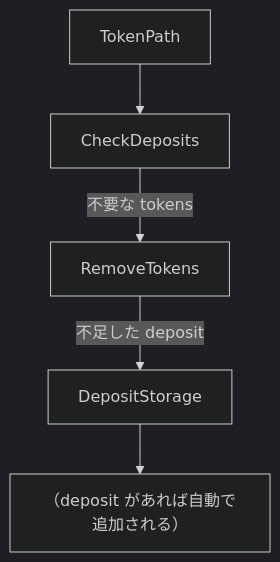
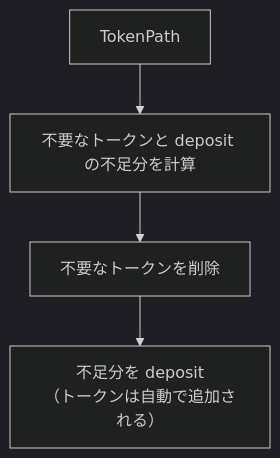
The diagram in diagram/check_deposits.mermaid (fathens/zaciraci), drawn with Mermaid (dark theme) before and after one commit.

Commit message:
Refactor deposit checking diagram for clarity
Simplify the deposit checking process by merging steps and enhancing descriptions. This change improves the readability and understanding of the diagram flow.

```diff
--- a/diagram/check_deposits.mermaid
+++ b/diagram/check_deposits.mermaid
@@ -1,5 +1,4 @@
 graph TD
-    TokenPath --> CheckDeposits
-    CheckDeposits -->|不要な tokens| RemoveTokens
-    RemoveTokens -->|不足した deposit| DepositStorage
-    DepositStorage --> AddTokens["（deposit があれば自動で追加される）"]
+    TokenPath --> CheckDeposits[不要なトークンと deposit の不足分を計算]
+    CheckDeposits --> RemoveTokens[不要なトークンを削除]
+    RemoveTokens --> DepositStorage["不足分を deposit<br>（トークンは自動で追加される）"]
```
